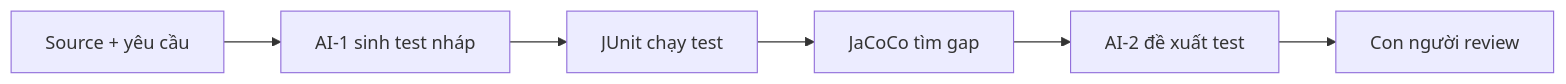
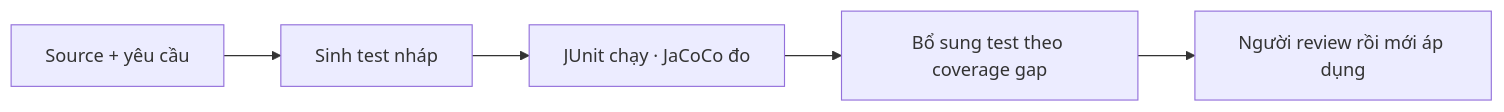
One commit to nhaajtdajt/seminar-testing-unitTest-coverage-cicd changed the third of 3 diagrams in slides-slidev/slides.md. Above: the diagram before and after it, drawn with Mermaid. The commit also changed other lines of this file and 2 other files, not shown here.

````diff
--- a/slides-slidev/slides.md
+++ b/slides-slidev/slides.md
@@ -501,8 +744,7 @@
-```mermaid {scale: 0.8}
+```mermaid {scale: 0.78}
 flowchart LR
-  S[Source + yêu cầu] --> A1[AI-1 sinh test nháp]
-  A1 --> J[JUnit chạy test]
-  J --> K[JaCoCo tìm gap]
-  K --> A2[AI-2 đề xuất test]
-  A2 --> H[Con người review]
+  S[Source + yêu cầu] --> D[Sinh test nháp]
+  D --> J[JUnit chạy · JaCoCo đo]
+  J --> G[Bổ sung test theo coverage gap]
+  G --> H[Người review rồi mới áp dụng]
 ```
````
